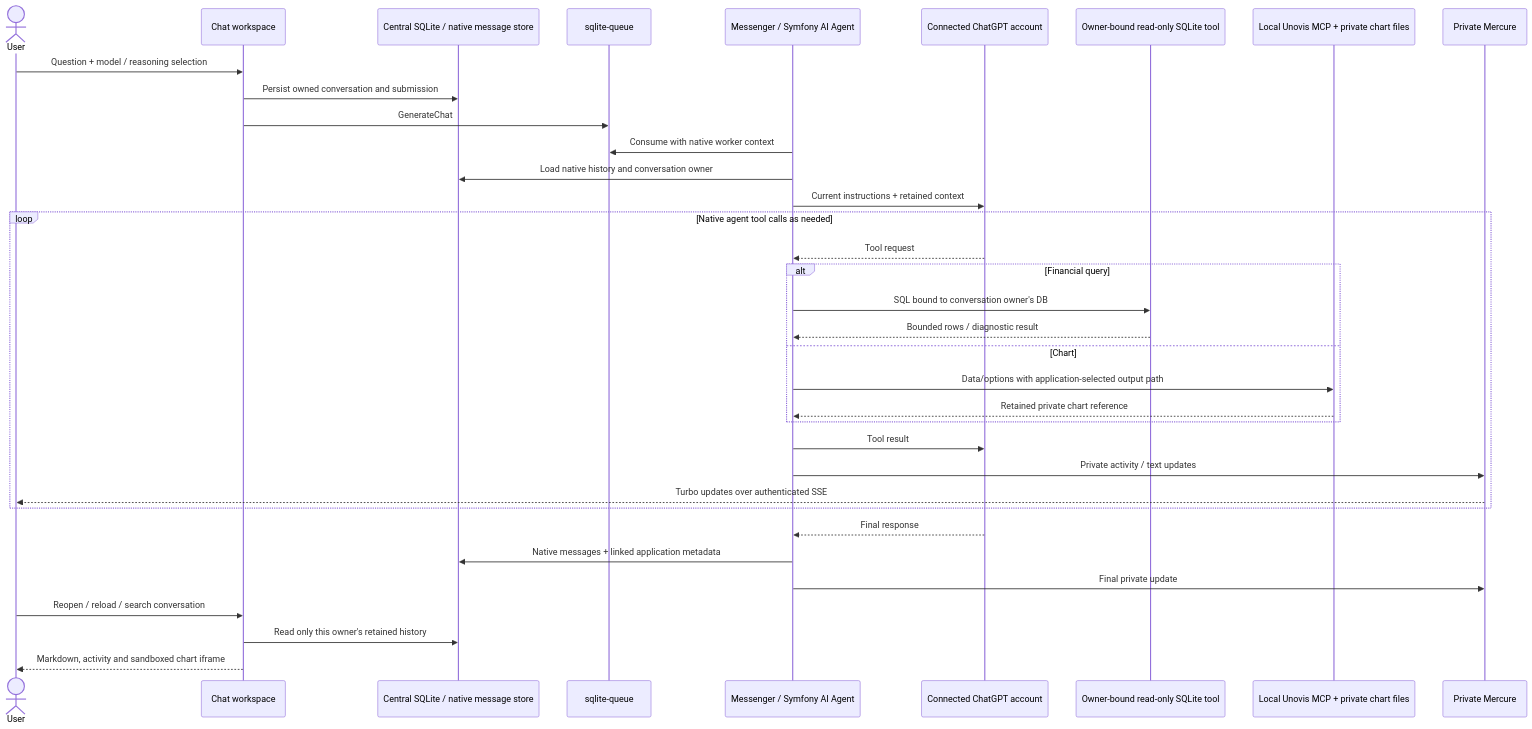
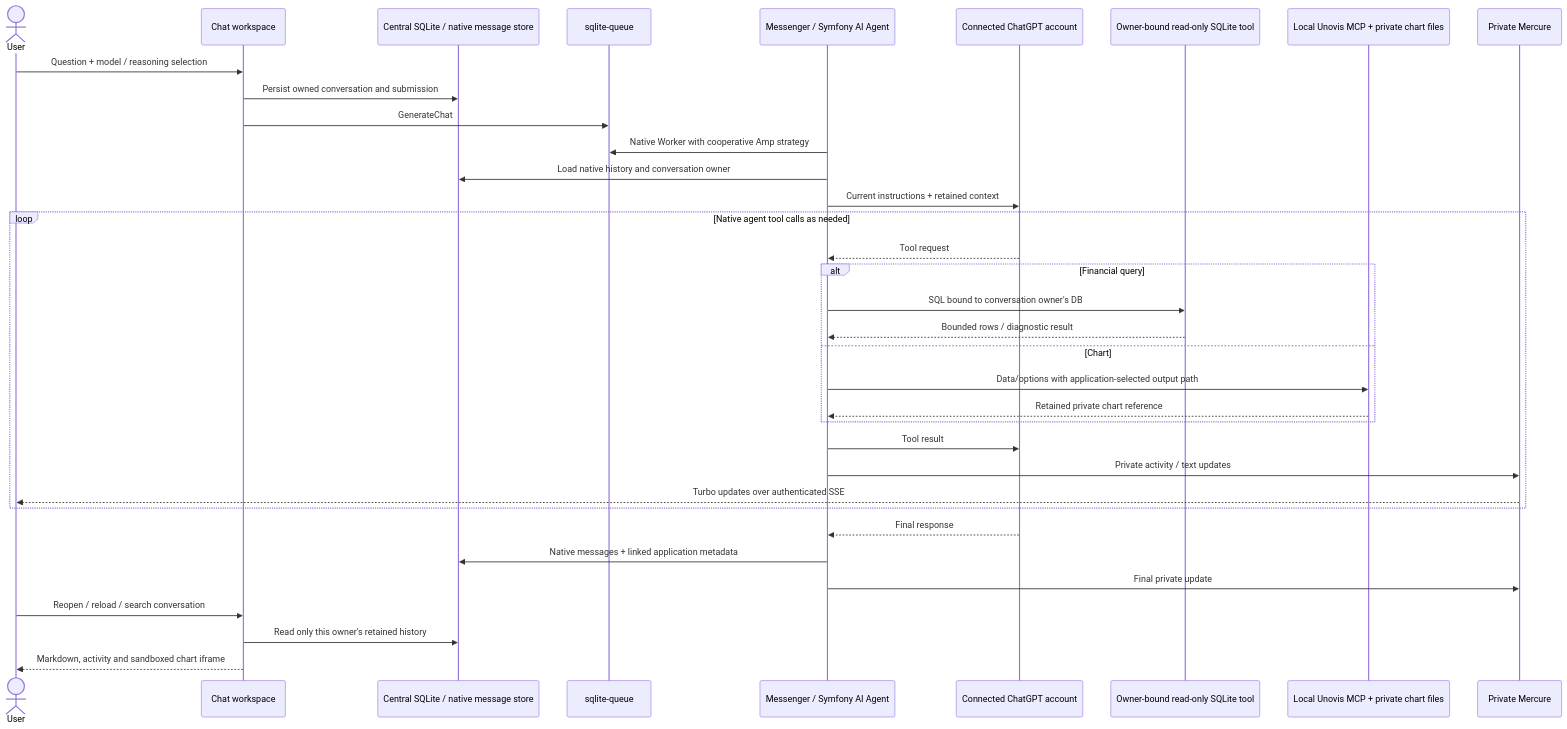
The third of 4 diagrams in ARCHITECTURE.md (ineersa/personal-finance-agent), drawn with Mermaid before and after one commit. The commit also changed other lines of this file and 18 other files, not shown here.

````diff
--- a/ARCHITECTURE.md
+++ b/ARCHITECTURE.md
@@ -92,37 +92,37 @@
 ```mermaid
 sequenceDiagram
     actor User
     participant Web as Chat workspace
     participant Store as Central SQLite / native message store
     participant Broker as sqlite-queue
     participant Worker as Messenger / Symfony AI Agent
     participant GPT as Connected ChatGPT account
     participant SQL as Owner-bound read-only SQLite tool
     participant Chart as Local Unovis MCP + private chart files
     participant Hub as Private Mercure
     User->>Web: Question + model / reasoning selection
     Web->>Store: Persist owned conversation and submission
     Web->>Broker: GenerateChat
-    Worker->>Broker: Consume with native worker context
+    Worker->>Broker: Native Worker with cooperative Amp strategy
     Worker->>Store: Load native history and conversation owner
     Worker->>GPT: Current instructions + retained context
     loop Native agent tool calls as needed
         GPT-->>Worker: Tool request
         alt Financial query
             Worker->>SQL: SQL bound to conversation owner's DB
             SQL-->>Worker: Bounded rows / diagnostic result
         else Chart
             Worker->>Chart: Data/options with application-selected output path
             Chart-->>Worker: Retained private chart reference
         end
         Worker->>GPT: Tool result
         Worker->>Hub: Private activity / text updates
         Hub-->>User: Turbo updates over authenticated SSE
     end
     GPT-->>Worker: Final response
     Worker->>Store: Native messages + linked application metadata
     Worker->>Hub: Final private update
     User->>Web: Reopen / reload / search conversation
     Web->>Store: Read only this owner's retained history
     Web-->>User: Markdown, activity and sandboxed chart iframe
 ```
````
